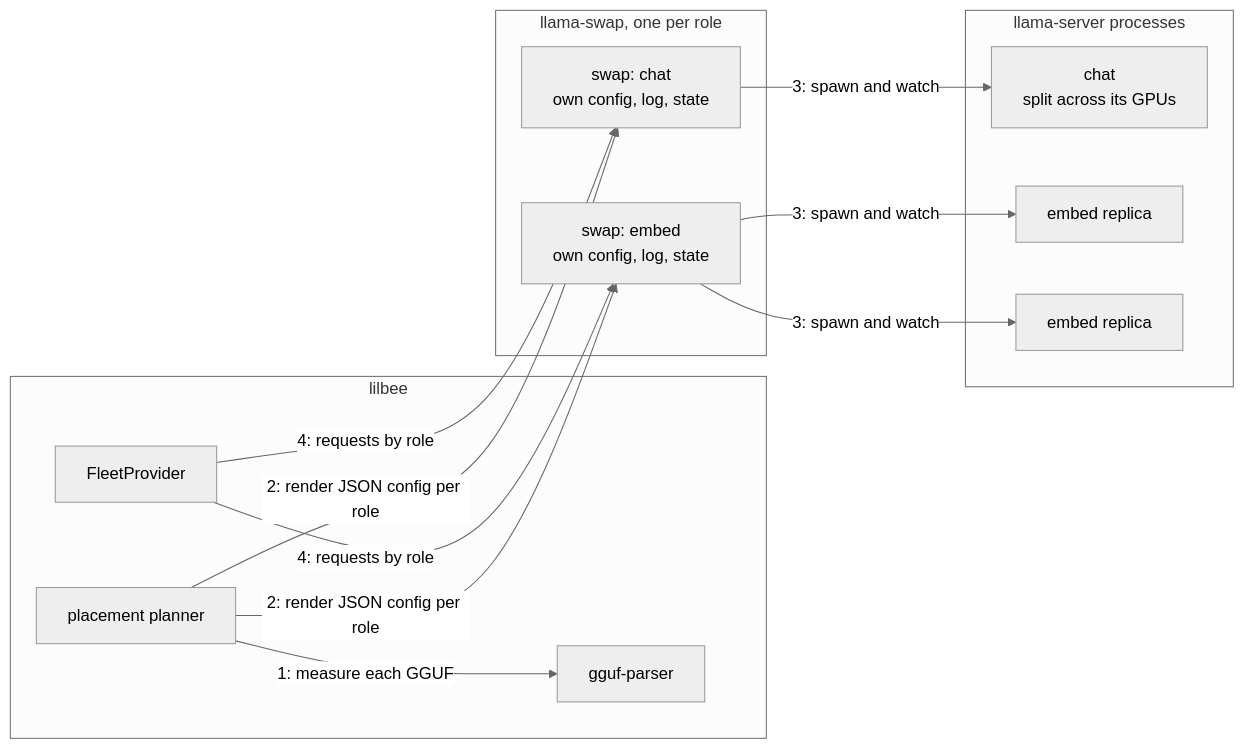
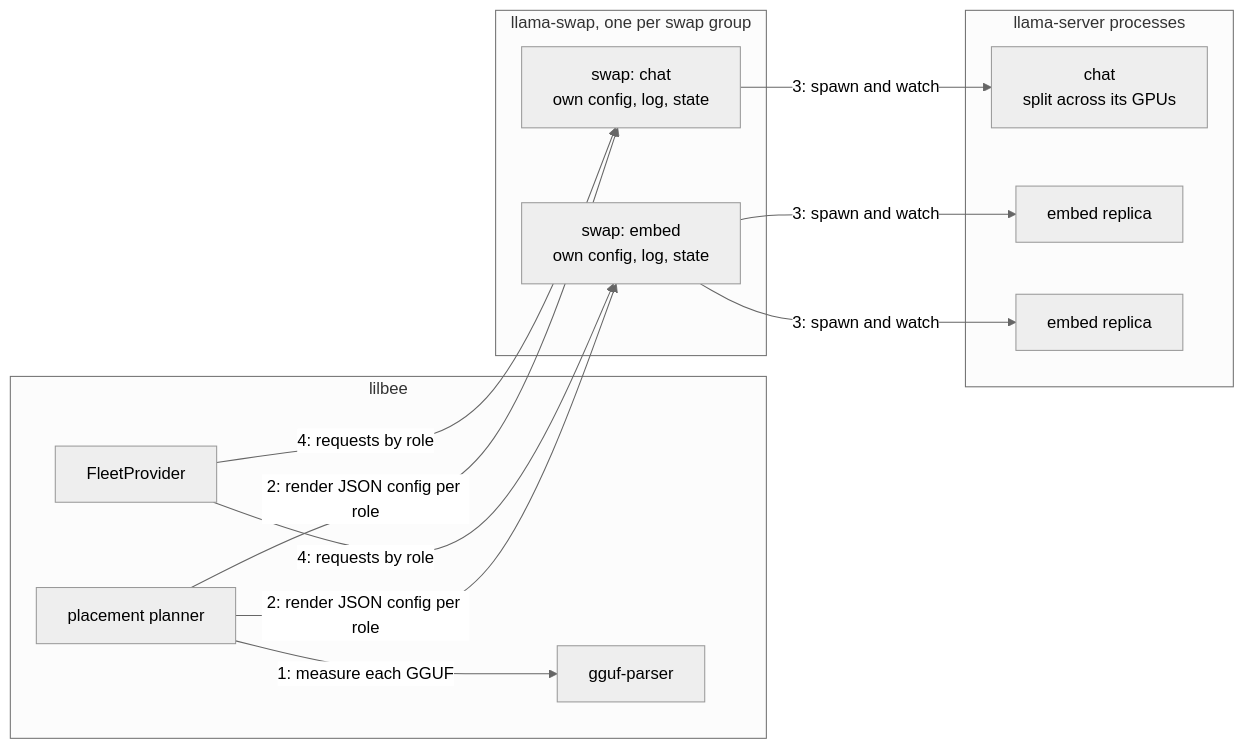
The fifth of 9 diagrams in docs/architecture.md (tobocop2/lilbee), drawn with Mermaid (neutral theme) before and after one commit. The commit also changed other lines of this file and 29 other files, not shown here.

````diff
--- a/docs/architecture.md
+++ b/docs/architecture.md
@@ -258,25 +258,25 @@
 ```mermaid
 flowchart LR
     subgraph app ["lilbee"]
         planner["placement planner"]
         gguf["gguf-parser"]
         provider["FleetProvider"]
         planner -->|"1: measure each GGUF"| gguf
     end
-    subgraph swaps ["llama-swap, one per role"]
+    subgraph swaps ["llama-swap, one per swap group"]
         sc["swap: chat<br/>own config, log, state"]
         se["swap: embed<br/>own config, log, state"]
     end
     subgraph servers ["llama-server processes"]
         chat["chat<br/>split across its GPUs"]
         e1["embed replica"]
         e2["embed replica"]
     end
     planner -->|"2: render JSON config per role"| sc
     planner -->|"2: render JSON config per role"| se
     sc -->|"3: spawn and watch"| chat
     se -->|"3: spawn and watch"| e1
     se -->|"3: spawn and watch"| e2
     provider -->|"4: requests by role"| sc
     provider -->|"4: requests by role"| se
 ```
````
